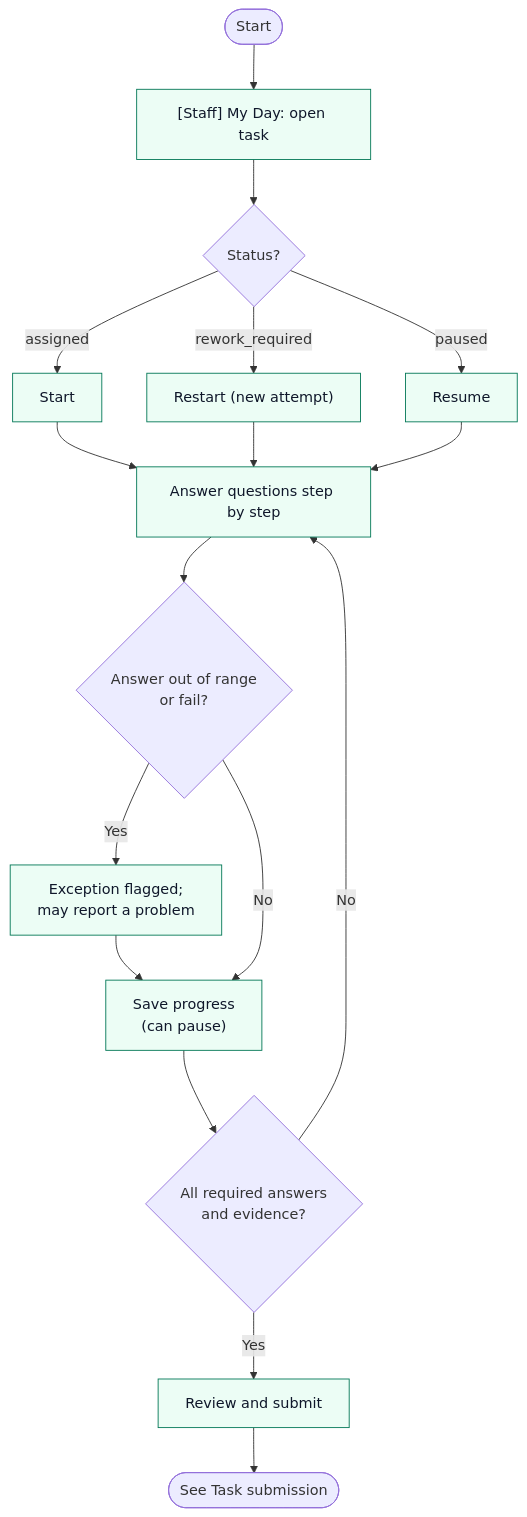
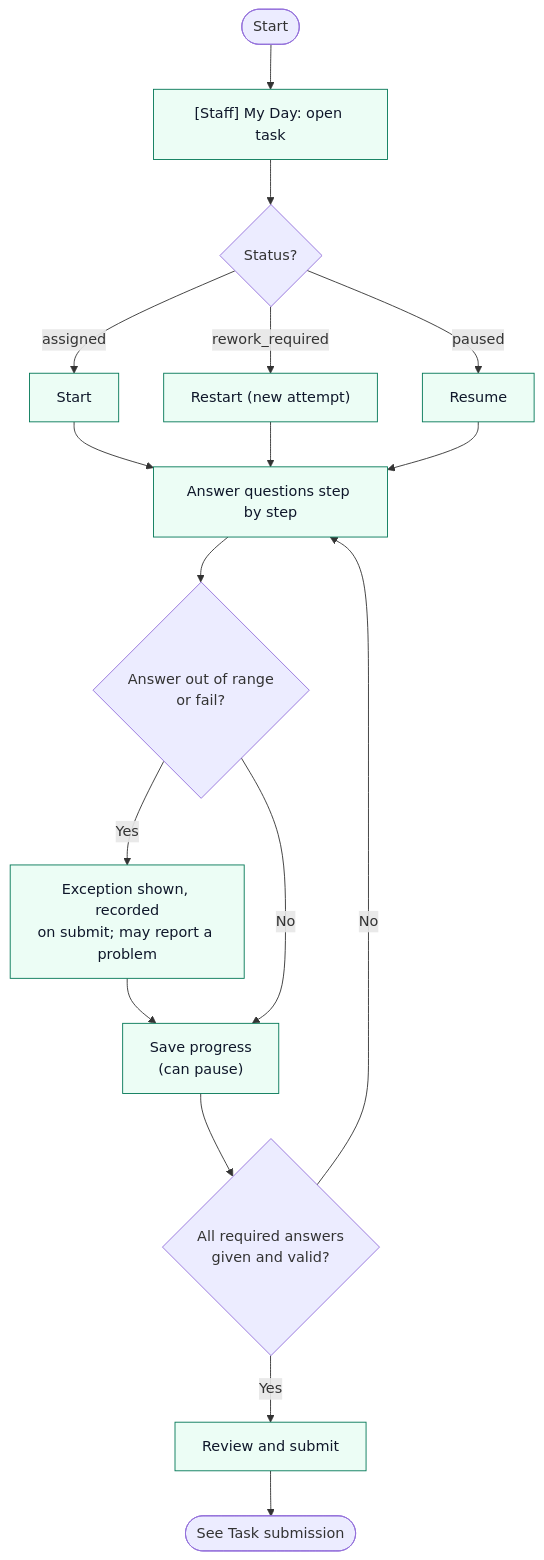
Before and after one commit to tsforcetech/FMS: the diagram in docs/help/diagrams/wf-27.mmd, drawn with Mermaid. The commit also changed 79 other files, not shown here.

First line of the commit message:
Phase 9: workflow diagrams verified against the code (37 corrected)

```diff
--- a/docs/help/diagrams/wf-27.mmd
+++ b/docs/help/diagrams/wf-27.mmd
@@ -1,24 +1,24 @@
 %% title: Staff checklist execution
 %% articles: staff.checklist,mobile.tasks,train.first-checklist
-%% sources: apps/staff-web/src/screens/TaskView.tsx,packages/shared/src/tasks.ts,apps/admin-web/src/management/tasksStore.ts
+%% sources: apps/staff-web/src/screens/TaskView.tsx,apps/mobile/src/screens/TaskRun.tsx,packages/shared/src/tasks.ts,apps/admin-web/src/management/tasksStore.ts
 flowchart TD
   S([Start]) --> A["[Staff] My Day: open task"]:::staff
   A --> B{"Status?"}
   B -- assigned --> C["Start"]:::staff
   B -- rework_required --> C2["Restart (new attempt)"]:::staff
   B -- paused --> C3["Resume"]:::staff
   C --> D["Answer questions step by step"]:::staff
   C2 --> D
   C3 --> D
   D --> E{"Answer out of range<br/>or fail?"}
-  E -- Yes --> F["Exception flagged;<br/>may report a problem"]:::staff --> G
+  E -- Yes --> F["Exception shown, recorded<br/>on submit; may report a problem"]:::staff --> G
   E -- No --> G["Save progress<br/>(can pause)"]:::staff
-  G --> H{"All required answers<br/>and evidence?"}
+  G --> H{"All required answers<br/>given and valid?"}
   H -- No --> D
   H -- Yes --> I["Review and submit"]:::staff --> X([See Task submission])
   classDef admin fill:#e8f0fe,stroke:#1d4ed8,color:#0f172a
   classDef staff fill:#ecfdf5,stroke:#047857,color:#0f172a
   classDef customer fill:#fdf4ff,stroke:#a21caf,color:#0f172a
   classDef platform fill:#fff7ed,stroke:#c2410c,color:#0f172a
   classDef system fill:#f1f5f9,stroke:#475569,color:#0f172a
   classDef stop fill:#fee2e2,stroke:#b91c1c,color:#0f172a
```
